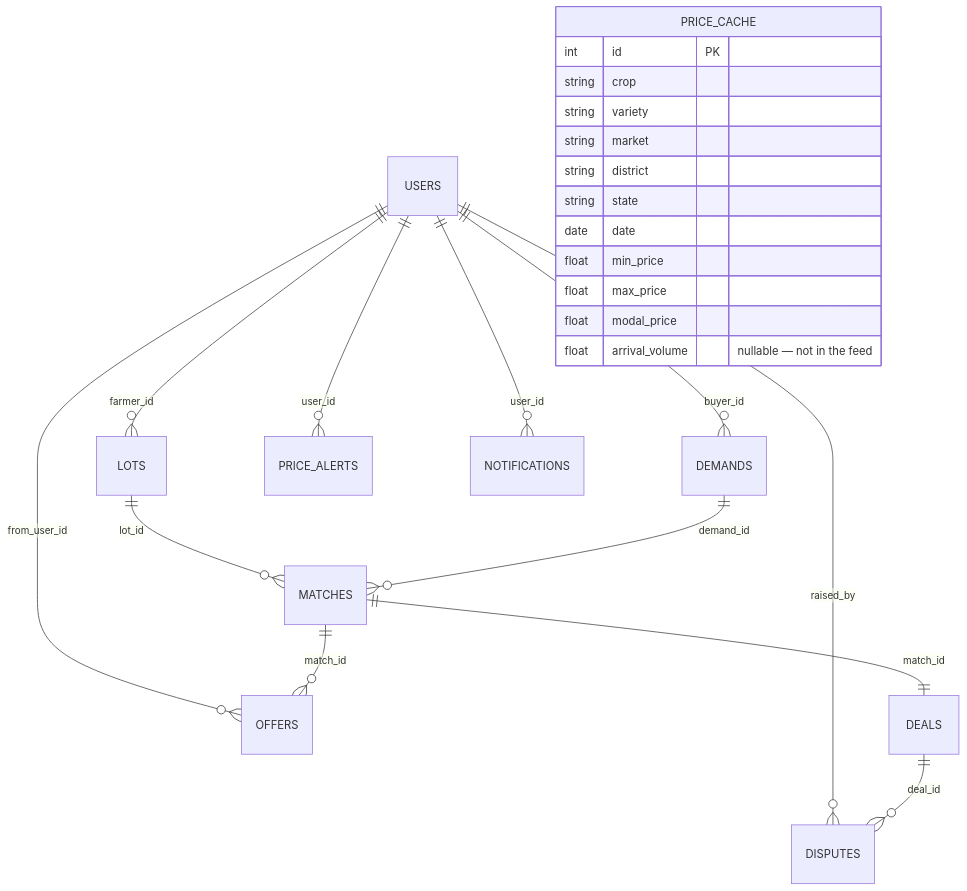
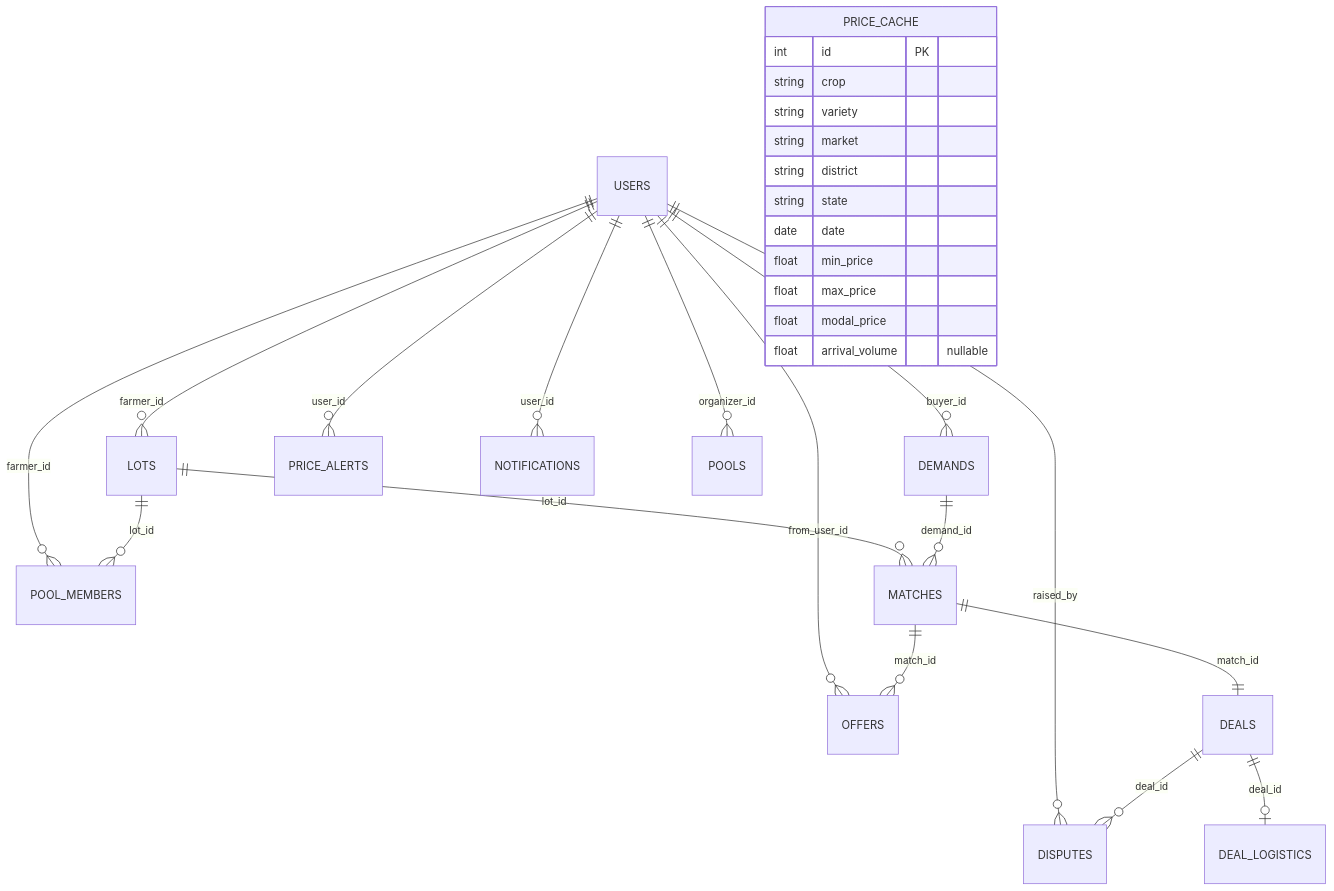
One commit to umangjzx/Sih-26132 changed the second of 3 diagrams in README.md. Above: the diagram before and after it, drawn with Mermaid. The commit also changed other lines of this file and 22 other files, not shown here.

First line of the commit message:
feat(v1.4 phase 2): deal logistics, payments, audit log, transporter directory

````diff
--- a/README.md
+++ b/README.md
@@ -378,27 +446,31 @@
 ```mermaid
 erDiagram
     USERS ||--o{ LOTS : "farmer_id"
     USERS ||--o{ DEMANDS : "buyer_id"
     USERS ||--o{ OFFERS : "from_user_id"
     USERS ||--o{ PRICE_ALERTS : "user_id"
     USERS ||--o{ NOTIFICATIONS : "user_id"
     USERS ||--o{ DISPUTES : "raised_by"
+    USERS ||--o{ POOLS : "organizer_id"
+    USERS ||--o{ POOL_MEMBERS : "farmer_id"
     LOTS ||--o{ MATCHES : "lot_id"
+    LOTS ||--o{ POOL_MEMBERS : "lot_id"
     DEMANDS ||--o{ MATCHES : "demand_id"
     MATCHES ||--o{ OFFERS : "match_id"
     MATCHES ||--|| DEALS : "match_id"
     DEALS ||--o{ DISPUTES : "deal_id"
+    DEALS ||--o| DEAL_LOGISTICS : "deal_id"
     PRICE_CACHE {
       int id PK
       string crop
       string variety
       string market
       string district
       string state
       date date
       float min_price
       float max_price
       float modal_price
-      float arrival_volume "nullable — not in the feed"
+      float arrival_volume "nullable"
     }
 ```
````
